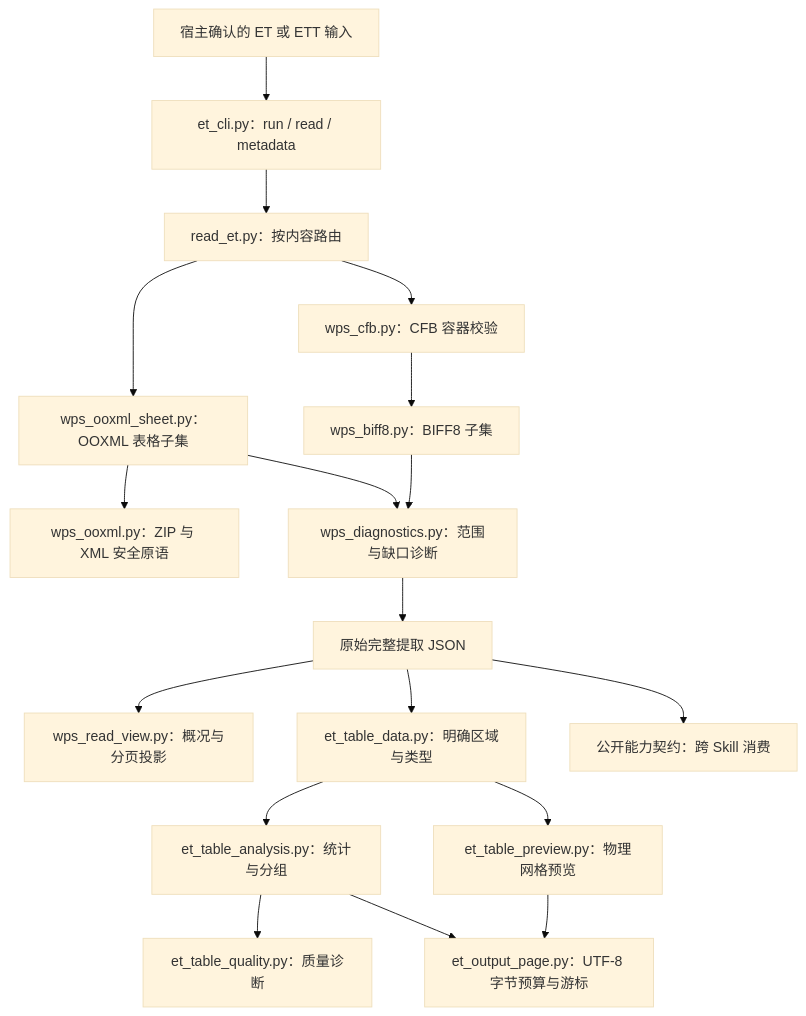
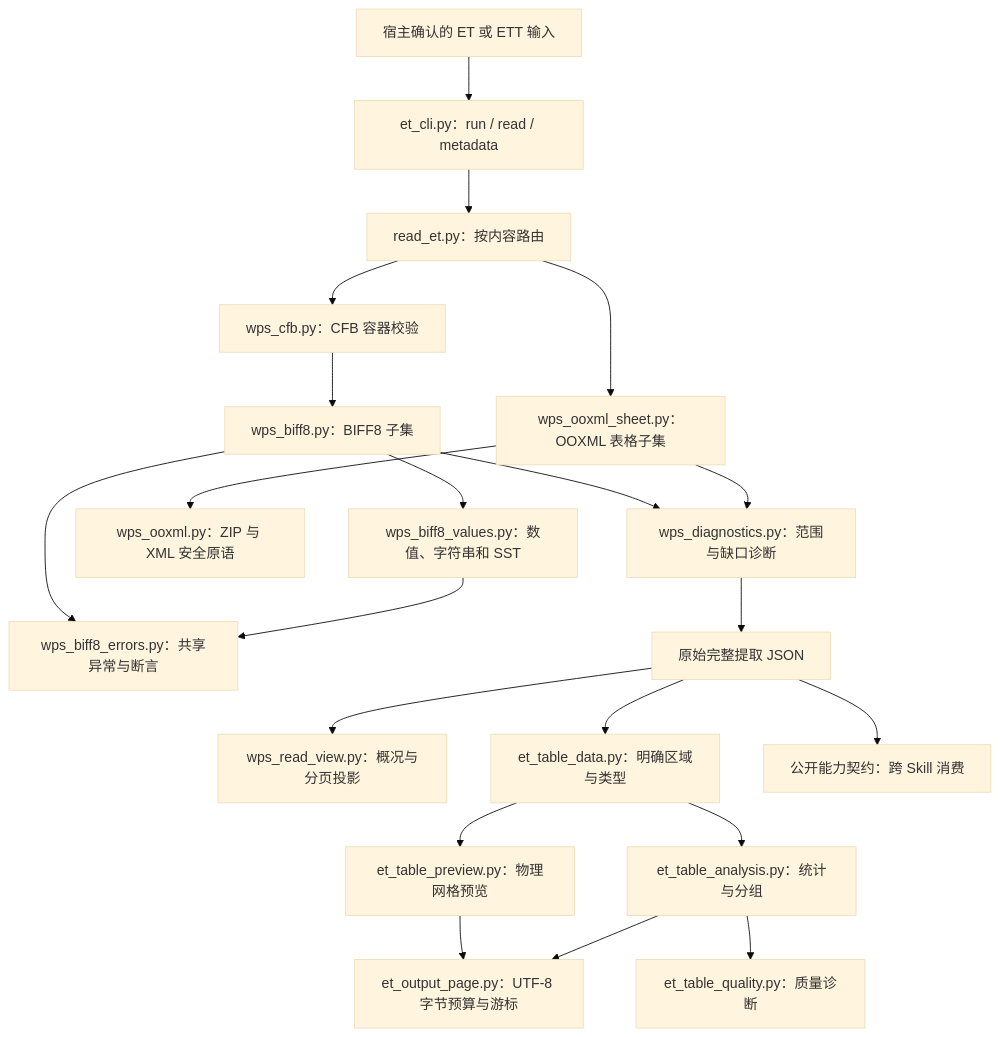
The first of 2 diagrams in docs/skills/et.md (JohnParken/PSL-SKILLS), drawn with Mermaid (base theme) before and after one commit. The commit also changed other lines of this file and 83 other files, not shown here.

````diff
--- a/docs/skills/et.md
+++ b/docs/skills/et.md
@@ -20,20 +22,23 @@
 ```mermaid
 flowchart TD
     A["宿主确认的 ET 或 ETT 输入"] --> B["et_cli.py：run / read / metadata"]
     B --> C["read_et.py：按内容路由"]
     C --> D["wps_cfb.py：CFB 容器校验"]
     D --> E["wps_biff8.py：BIFF8 子集"]
+    E --> EV["wps_biff8_values.py：数值、字符串和 SST"]
+    E --> EE["wps_biff8_errors.py：共享异常与断言"]
+    EV --> EE
     C --> F["wps_ooxml_sheet.py：OOXML 表格子集"]
     F --> G["wps_ooxml.py：ZIP 与 XML 安全原语"]
     E --> H["wps_diagnostics.py：范围与缺口诊断"]
     F --> H
     H --> I["原始完整提取 JSON"]
     I --> J["wps_read_view.py：概况与分页投影"]
     I --> K["et_table_data.py：明确区域与类型"]
     K --> L["et_table_preview.py：物理网格预览"]
     K --> M["et_table_analysis.py：统计与分组"]
     M --> N["et_table_quality.py：质量诊断"]
     L --> P["et_output_page.py：UTF-8 字节预算与游标"]
     M --> P
     I --> O["公开能力契约：跨 Skill 消费"]
 ```
````
